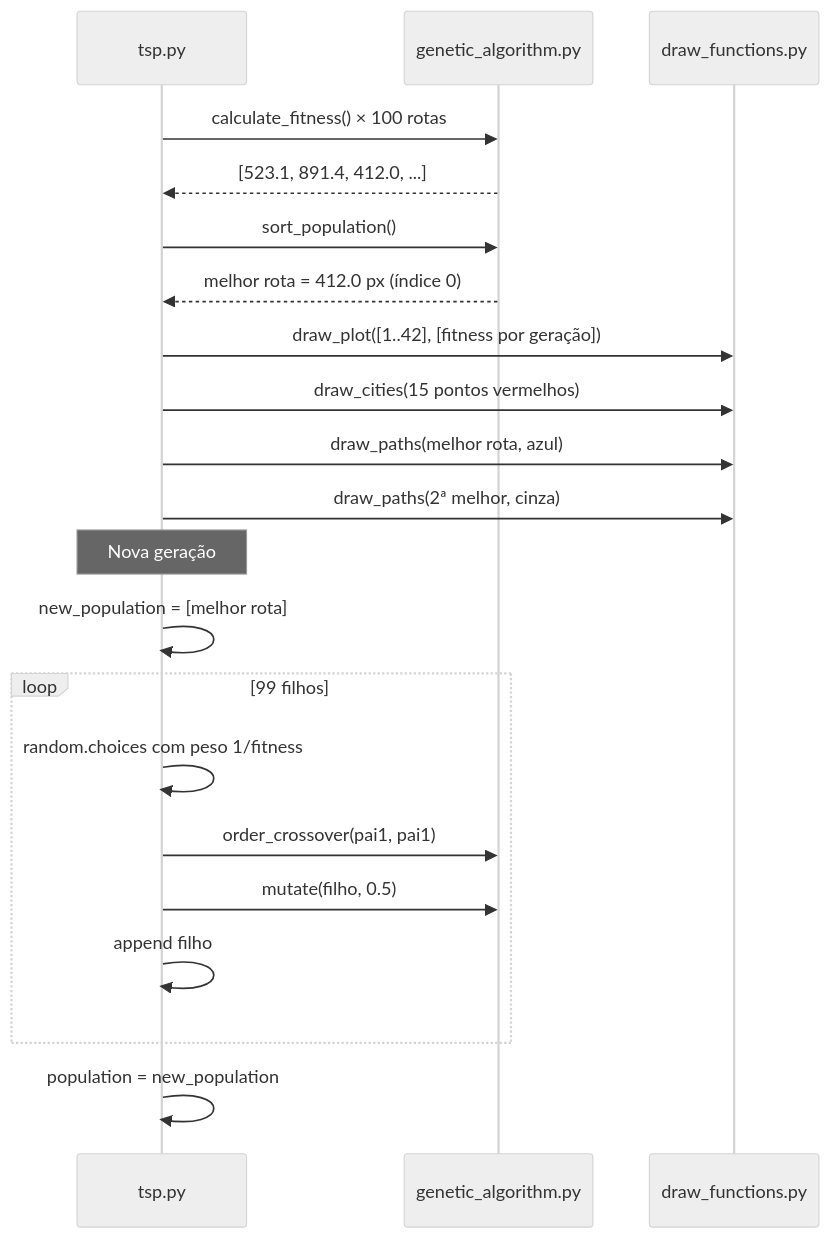
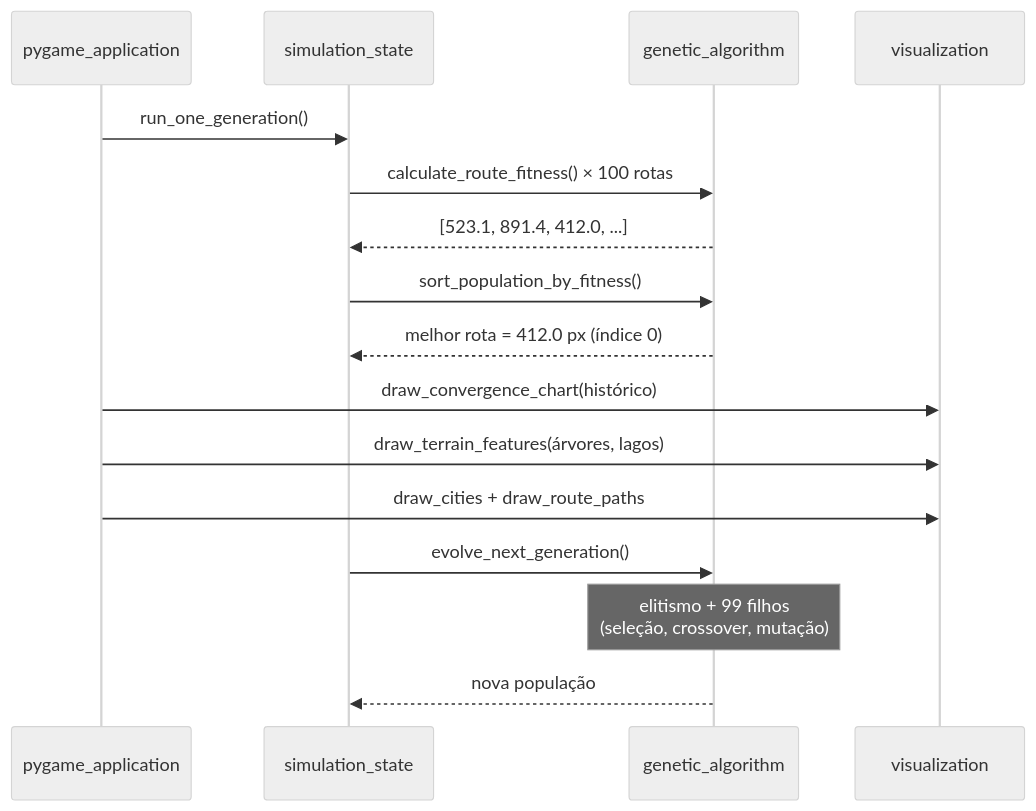
One commit to edvansanchoo/genetic_algorithm_tsp-main changed the second of 2 diagrams in GUIA.md. Above: the diagram before and after it, drawn with Mermaid (neutral theme). The commit also changed other lines of this file and 1 other file, not shown here.

````diff
--- a/GUIA.md
+++ b/GUIA.md
@@ -371,26 +382,21 @@
 ```mermaid
 sequenceDiagram
-    participant T as tsp.py
-    participant GA as genetic_algorithm.py
-    participant D as draw_functions.py
+    participant App as pygame_application
+    participant State as simulation_state
+    participant GA as genetic_algorithm
+    participant Viz as visualization
 
-    T->>GA: calculate_fitness() × 100 rotas
-    GA-->>T: [523.1, 891.4, 412.0, ...]
-    T->>GA: sort_population()
-    GA-->>T: melhor rota = 412.0 px (índice 0)
+    App->>State: run_one_generation()
+    State->>GA: calculate_route_fitness() × 100 rotas
+    GA-->>State: [523.1, 891.4, 412.0, ...]
+    State->>GA: sort_population_by_fitness()
+    GA-->>State: melhor rota = 412.0 px (índice 0)
 
-    T->>D: draw_plot([1..42], [fitness por geração])
-    T->>D: draw_cities(15 pontos vermelhos)
-    T->>D: draw_paths(melhor rota, azul)
-    T->>D: draw_paths(2ª melhor, cinza)
+    App->>Viz: draw_convergence_chart(histórico)
+    App->>Viz: draw_terrain_features(árvores, lagos)
+    App->>Viz: draw_cities + draw_route_paths
 
-    Note over T: Nova geração
-    T->>T: new_population = [melhor rota]
-    loop 99 filhos
-        T->>T: random.choices com peso 1/fitness
-        T->>GA: order_crossover(pai1, pai1)
-        T->>GA: mutate(filho, 0.5)
-        T->>T: append filho
-    end
-    T->>T: population = new_population
+    State->>GA: evolve_next_generation()
+    Note over GA: elitismo + 99 filhos<br/>(seleção, crossover, mutação)
+    GA-->>State: nova população
 ```
````
